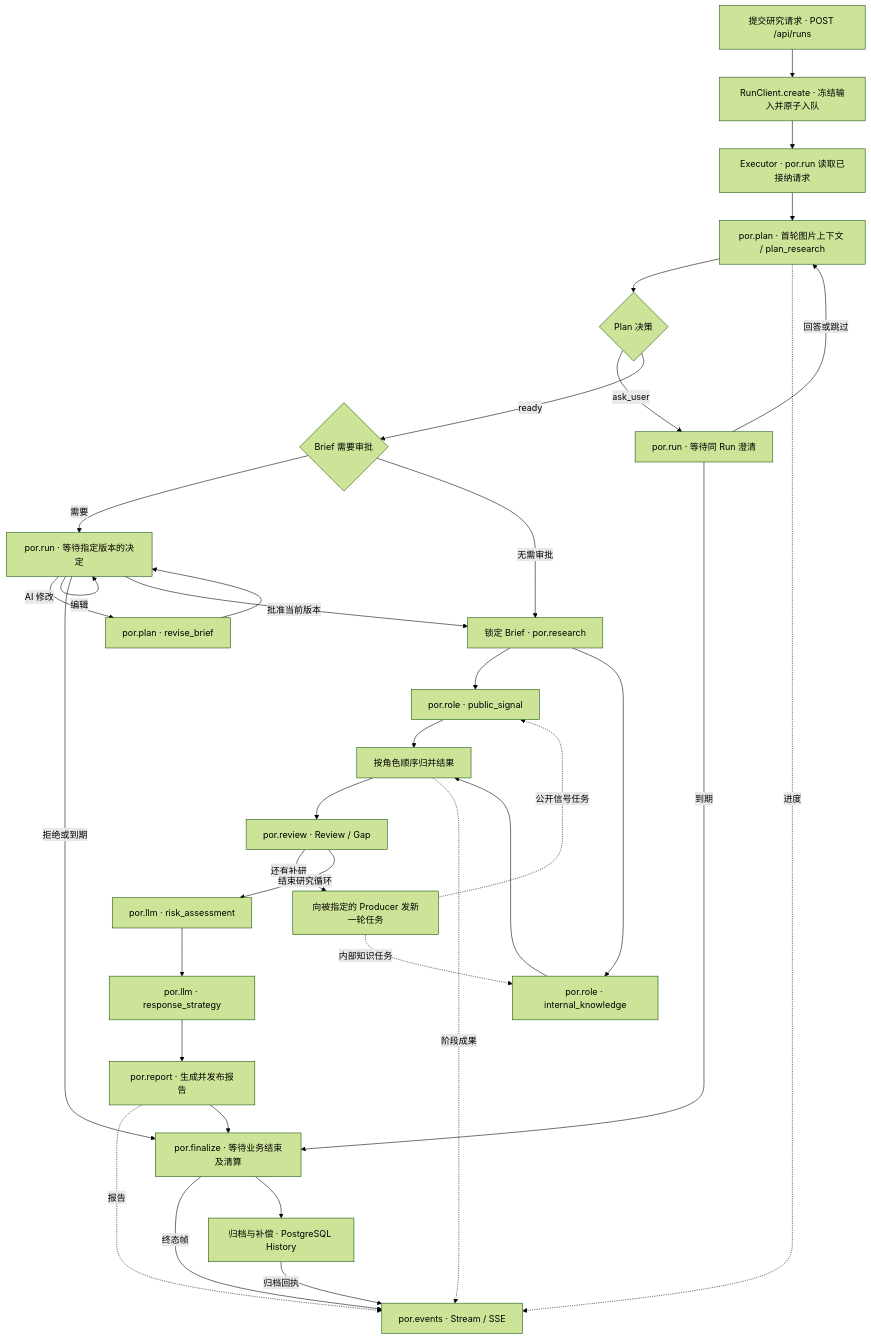
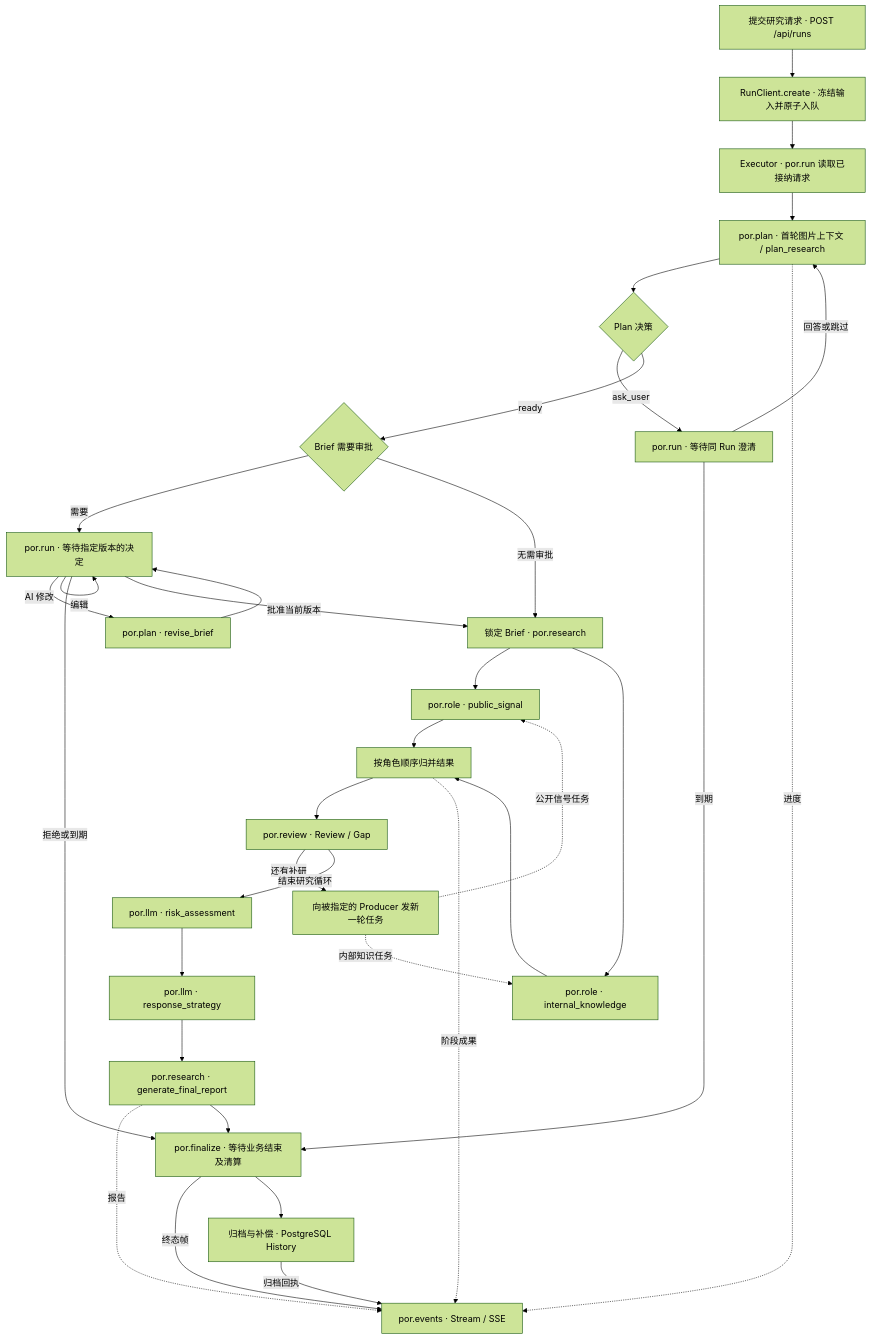
Before and after one commit to kkaaakk/public_opinion_research: the second of 2 diagrams in docs/architecture/agent-loop.md, drawn with Mermaid (forest theme). The commit also changed other lines of this file and 48 other files, not shown here.

Commit message:
refactor(workflow): generate the final report inside research

````diff
--- a/docs/architecture/agent-loop.md
+++ b/docs/architecture/agent-loop.md
@@ -63,36 +60,36 @@
 ```mermaid
 flowchart TD
     A["提交研究请求 · POST /api/runs"] --> B["RunClient.create · 冻结输入并原子入队"]
     B --> C["Executor · por.run 读取已接纳请求"]
     C --> D["por.plan · 首轮图片上下文 / plan_research"]
     D --> E{"Plan 决策"}
     E -->|ask_user| F["por.run · 等待同 Run 澄清"]
     F -->|回答或跳过| D
     E -->|ready| G{"Brief 需要审批"}
     G -->|需要| H["por.run · 等待指定版本的决定"]
     H -->|编辑| H
     H -->|AI 修改| I["por.plan · revise_brief"]
     I --> H
     F -->|到期| T["por.finalize · 等待业务结束及清算"]
     H -->|拒绝或到期| T
     G -->|无需审批| R["锁定 Brief · por.research"]
     H -->|批准当前版本| R
     R --> P1["por.role · public_signal"]
     R --> P2["por.role · internal_knowledge"]
     P1 --> J["按角色顺序归并结果"]
     P2 --> J
     J --> V["por.review · Review / Gap"]
     V -->|还有补研| W["向被指定的 Producer 发新一轮任务"]
     W -. "公开信号任务" .-> P1
     W -. "内部知识任务" .-> P2
     V -->|结束研究循环| K["por.llm · risk_assessment"]
     K --> S["por.llm · response_strategy"]
-    S --> Q["por.report · 生成并发布报告"]
+    S --> Q["por.research · generate_final_report"]
     D -. "进度" .-> L["por.events · Stream / SSE"]
     J -. "阶段成果" .-> L
     Q -. "报告" .-> L
     Q --> T
     T -->|终态帧| L
     T --> O["归档与补偿 · PostgreSQL History"]
     O -->|归档回执| L
 ```
````
